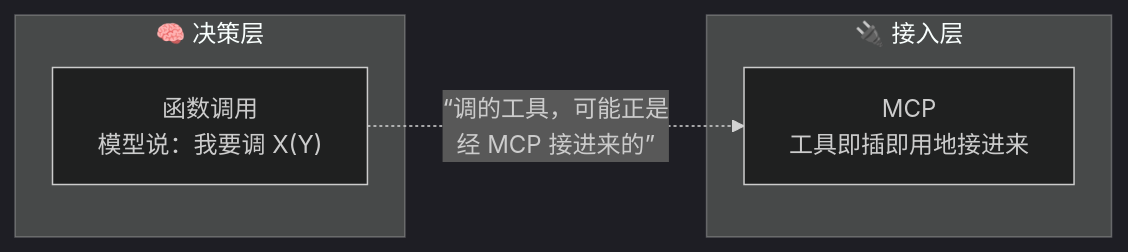
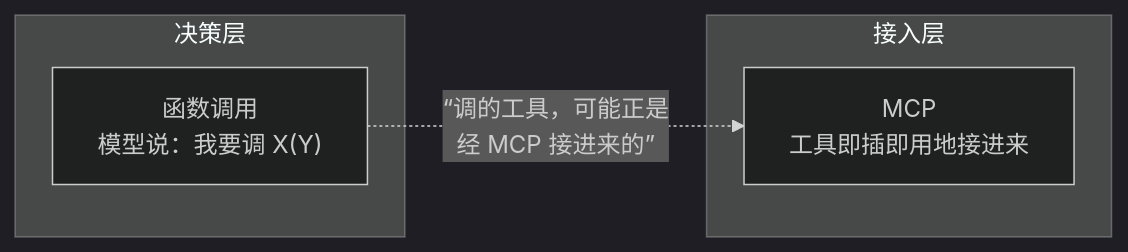
One commit to luckykhy/KhyAiHub changed the second of 2 diagrams in docs/02_CONCEPTS_概念入门/CONCEPT/[CONCEPT-30] 函数调用与MCP辨析.md. Above: the diagram before and after it, drawn with Mermaid (dark theme). The commit also changed other lines of this file and 19 other files, not shown here.

````diff
--- a/docs/02_CONCEPTS_概念入门/CONCEPT/[CONCEPT-30] 函数调用与MCP辨析.md
+++ b/docs/02_CONCEPTS_概念入门/CONCEPT/[CONCEPT-30] 函数调用与MCP辨析.md
@@ -113,10 +113,10 @@
 ```mermaid
 flowchart LR
-  subgraph 决策["🧠 决策层"]
+  subgraph 决策["决策层"]
     FC["函数调用<br/>模型说：我要调 X(Y)"]
   end
-  subgraph 接入["🔌 接入层"]
+  subgraph 接入["接入层"]
     MCP["MCP<br/>工具即插即用地接进来"]
   end
   FC -.“调的工具，可能正是<br/>经 MCP 接进来的”.-> MCP
 ```
````
